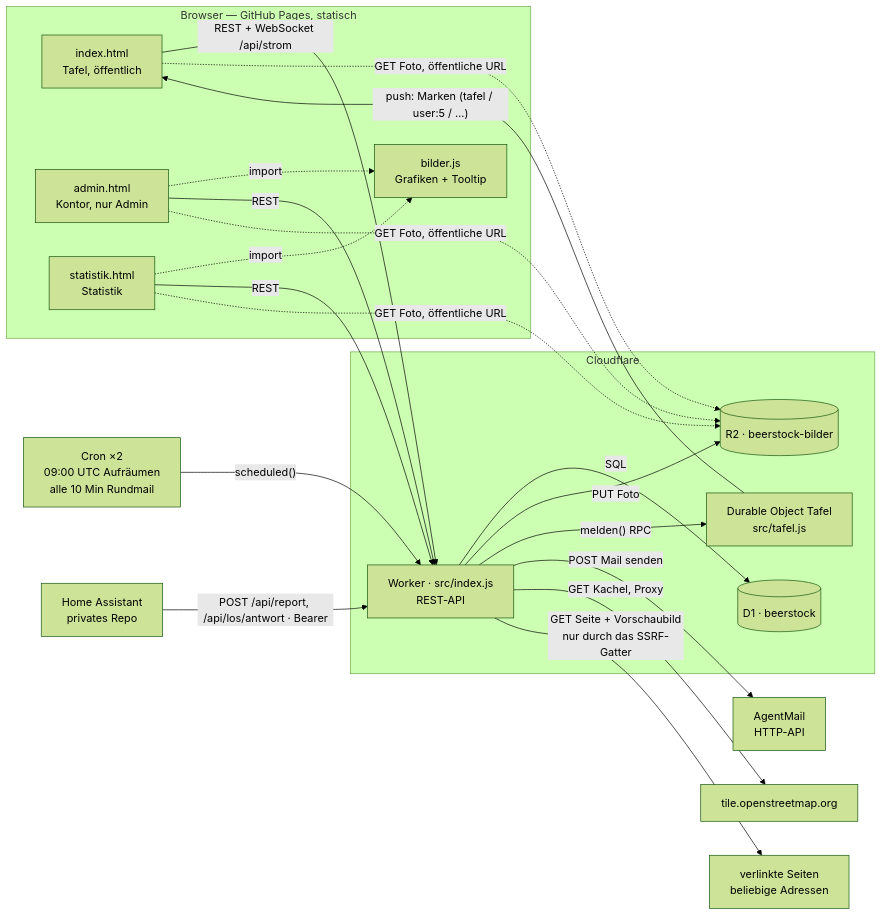
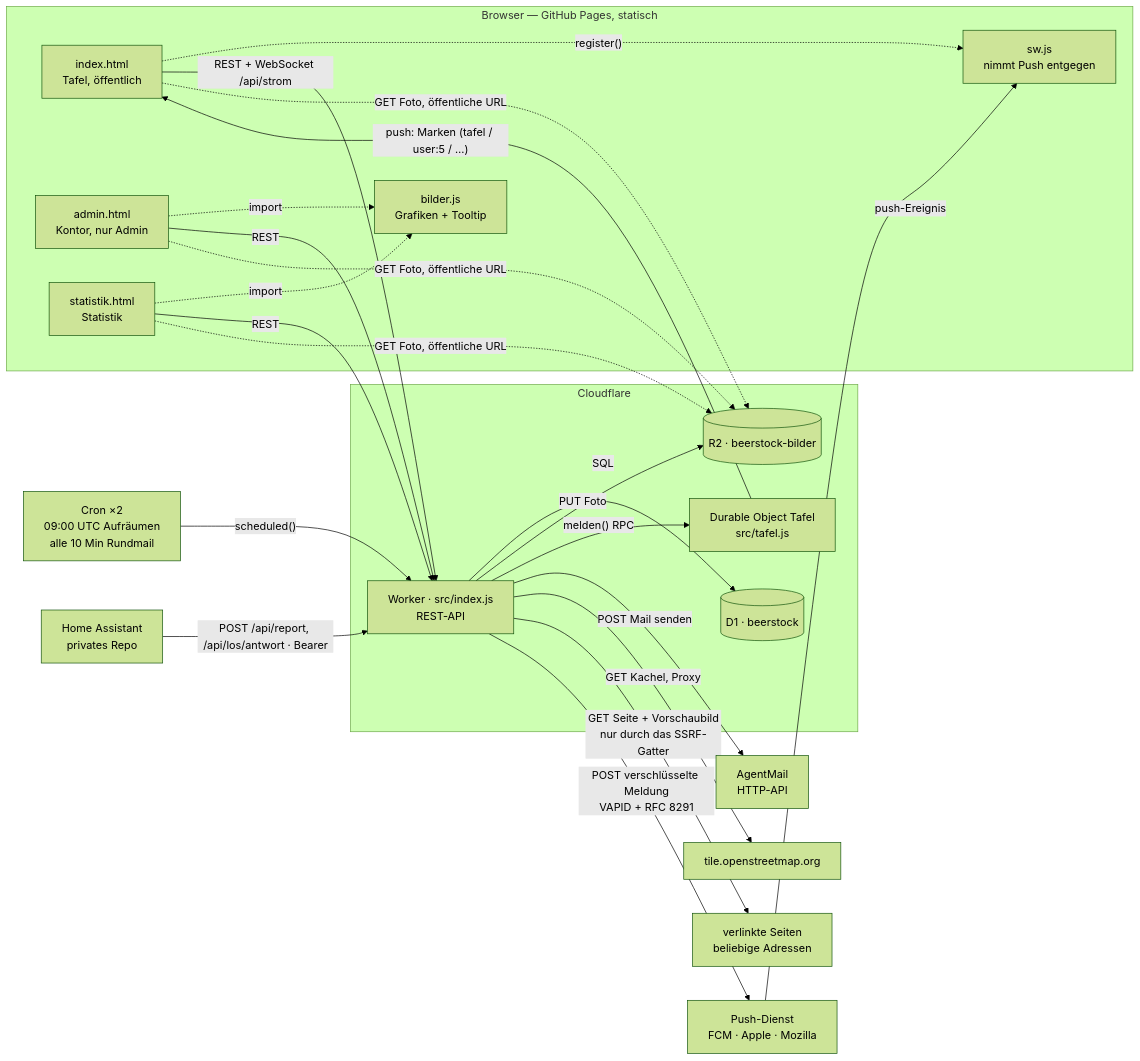
The diagram in README.md (Schnix84/beerstock), drawn with Mermaid (forest theme) before and after one commit. The commit also changed other lines of this file and 8 other files, not shown here.

````diff
--- a/README.md
+++ b/README.md
@@ -331,42 +382,47 @@
 ```mermaid
 flowchart LR
     subgraph Browser["Browser — GitHub Pages, statisch"]
         Tafel["index.html<br/>Tafel, öffentlich"]
         Kontor["admin.html<br/>Kontor, nur Admin"]
         Statistik["statistik.html<br/>Statistik"]
         Bilder["bilder.js<br/>Grafiken + Tooltip"]
+        SW["sw.js<br/>nimmt Push entgegen"]
         Kontor -. "import" .-> Bilder
         Statistik -. "import" .-> Bilder
+        Tafel -. "register()" .-> SW
     end
 
     subgraph CF["Cloudflare"]
         Worker["Worker · src/index.js<br/>REST-API"]
         DO["Durable Object Tafel<br/>src/tafel.js"]
         D1[("D1 · beerstock")]
         R2[("R2 · beerstock-bilder")]
     end
 
     Cron["Cron ×2<br/>09:00 UTC Aufräumen<br/>alle 10 Min Rundmail"]
     Mail["AgentMail<br/>HTTP-API"]
     OSM["tile.openstreetmap.org"]
     HA["Home Assistant<br/>privates Repo"]
     Web["verlinkte Seiten<br/>beliebige Adressen"]
+    Push["Push-Dienst<br/>FCM · Apple · Mozilla"]
 
     Tafel -- "REST + WebSocket /api/strom" --> Worker
     Kontor -- "REST" --> Worker
     Statistik -- "REST" --> Worker
     Tafel -. "GET Foto, öffentliche URL" .-> R2
     Kontor -. "GET Foto, öffentliche URL" .-> R2
     Statistik -. "GET Foto, öffentliche URL" .-> R2
 
     Worker -- "SQL" --> D1
     Worker -- "PUT Foto" --> R2
     Worker -- "melden() RPC" --> DO
     DO -- "push: Marken (tafel / user:5 / …)" --> Tafel
 
     Cron -- "scheduled()" --> Worker
     Worker -- "POST Mail senden" --> Mail
     Worker -- "GET Kachel, Proxy" --> OSM
     Worker -- "GET Seite + Vorschaubild<br/>nur durch das SSRF-Gatter" --> Web
     HA -- "POST /api/report, /api/los/antwort · Bearer" --> Worker
+    Worker -- "POST verschlüsselte Meldung<br/>VAPID + RFC 8291" --> Push
+    Push -- "push-Ereignis" --> SW
 ```
````
